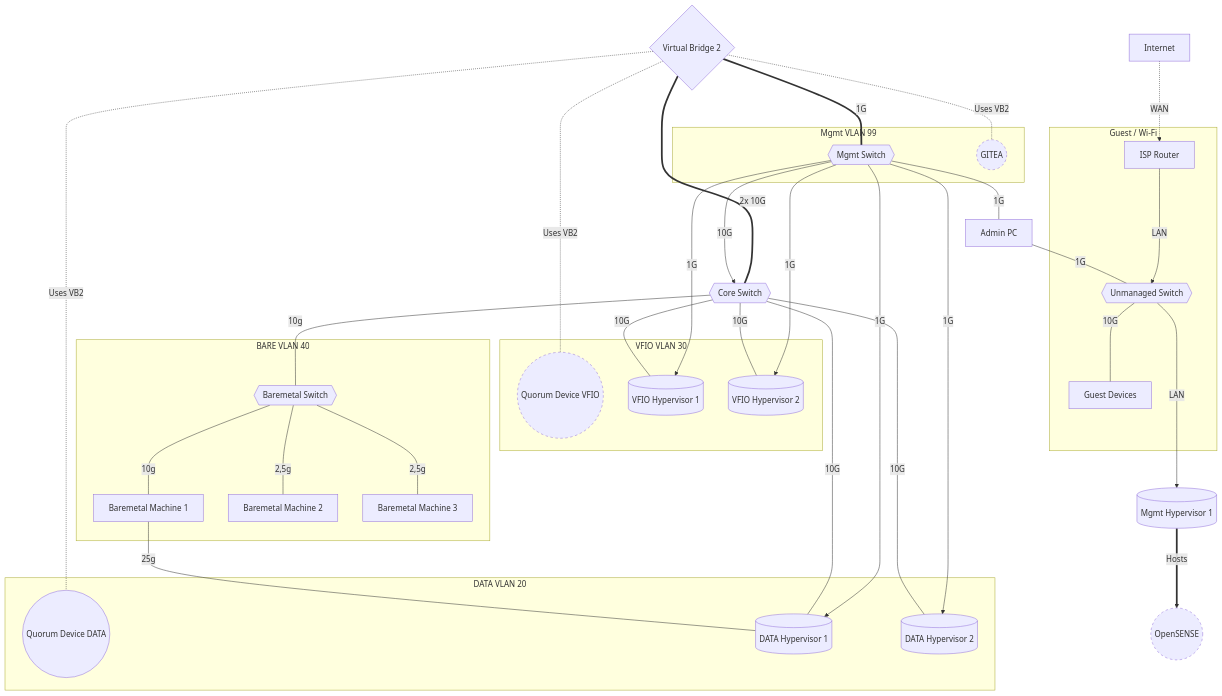
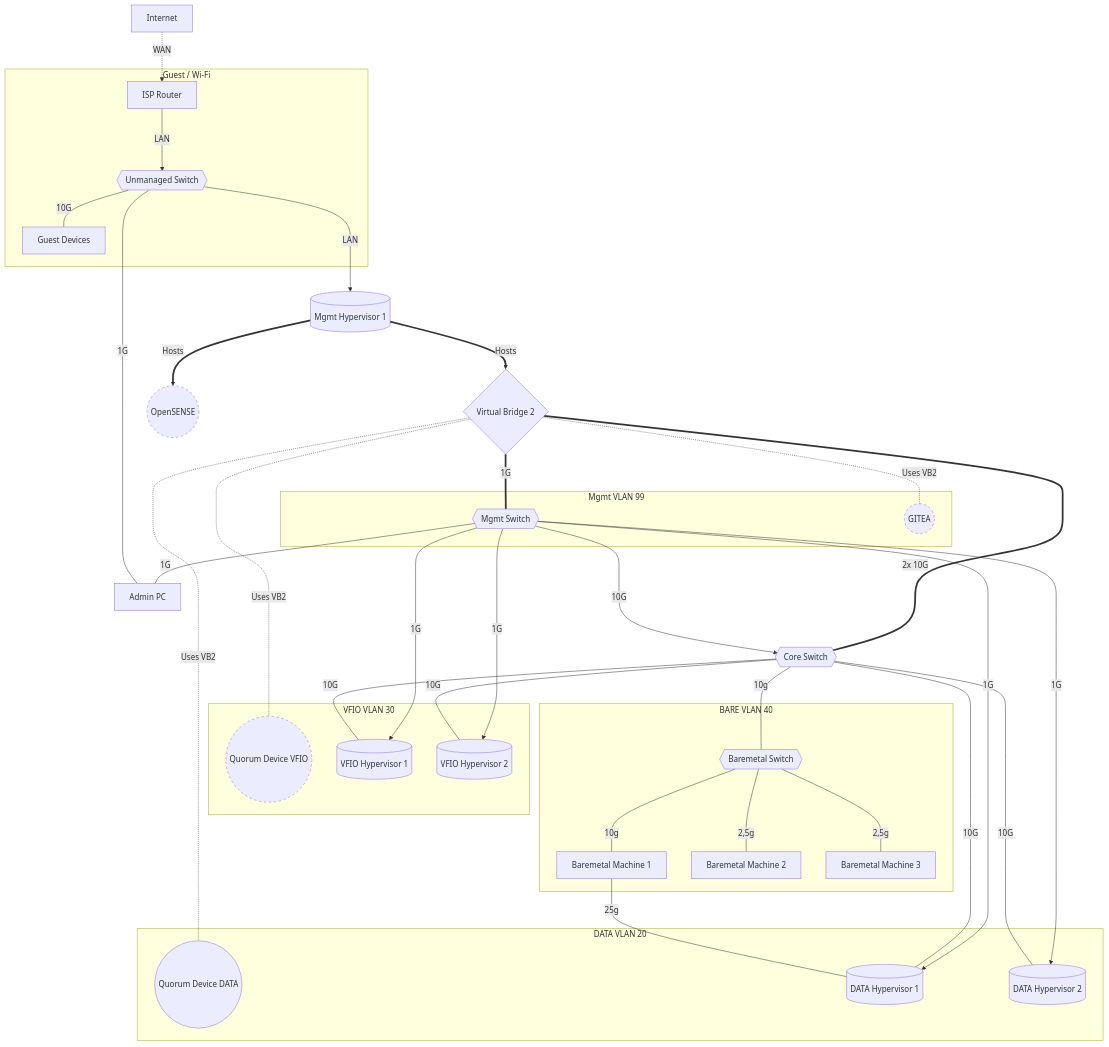
Before and after one commit to woeiru/lab: the diagram in alp/netop.md, drawn with Mermaid.

Commit message:
standard

````diff
--- a/alp/netop.md
+++ b/alp/netop.md
@@ -3,63 +3,64 @@
 ```mermaid
 graph TD
     INT[Internet] -.-> |WAN| ISPR[ISP Router]
     ISPR ---> |LAN| US
     US{{Unmanaged Switch}} ---> |LAN| MH1[(Mgmt Hypervisor 1)]
     US ---|"10G"| GD[Guest Devices]
 
     MS{{Mgmt Switch}} ---|"1G"| APC[Admin PC]
     APC ---|"1G"| US
 
+    MH1 ==>|"Hosts"| VB2{Virtual Bridge 2} 
     MH1 ==>|"Hosts"| OPN((OpenSENSE))
-    VB2{Virtual Bridge 2} -.- |"Uses VB2"| QDV((Quorum Device VFIO))
-    VB2{Virtual Bridge 2} -.- |"Uses VB2"| QDD((Quorum Device DATA))
+    VB2 -.- |"Uses VB2"| QDV((Quorum Device VFIO))
+    VB2 -.- |"Uses VB2"| QDD((Quorum Device DATA))
     VB2 ===|"2x 10G"| CS{{Core Switch}}
     VB2 ===|"1G"| MS
     VB2 -.- |"Uses VB2"| GIT((GITEA))
 
     MS --->|"10G"| CS
     MS --->|"1G"| DH1
     MS --->|"1G"| DH2
     MS --->|"1G"| VH1
     MS --->|"1G"| VH2
 
     CS ---|"10G"| DH1[(DATA Hypervisor 1)]
     CS ---|"10G"| DH2[(DATA Hypervisor 2)]
     CS ---|"10G"| VH1[(VFIO Hypervisor 1)]
     CS ---|"10G"| VH2[(VFIO Hypervisor 2)]
 
     CS ---|"10g"| BMS{{Baremetal Switch}}
     BMS ---|"10g"| BM1[Baremetal Machine 1]
     BM1 ---|"25g"| DH1
     BMS ---|"2,5g"| BM2[Baremetal Machine 2]
     BMS ---|"2,5g"| BM3[Baremetal Machine 3]
 
     subgraph VLAN20 [DATA VLAN 20]
         DH1
         DH2
         QDD
     end
     subgraph VLAN30 [VFIO VLAN 30]
         VH1
         VH2
         QDV
     end
     subgraph VLAN40 [BARE VLAN 40]
        BMS
        BM1 
        BM2 
        BM3 
     end
 
     subgraph VLAN99 [Mgmt VLAN 99]
         MS
         GIT
     end
     subgraph Guest [Guest / Wi-Fi]
         ISPR
         GD
         US
     end
     classDef punctuated stroke-dasharray: 5 5;
     class GIT,QDV,OPN punctuated;
 ```
````
